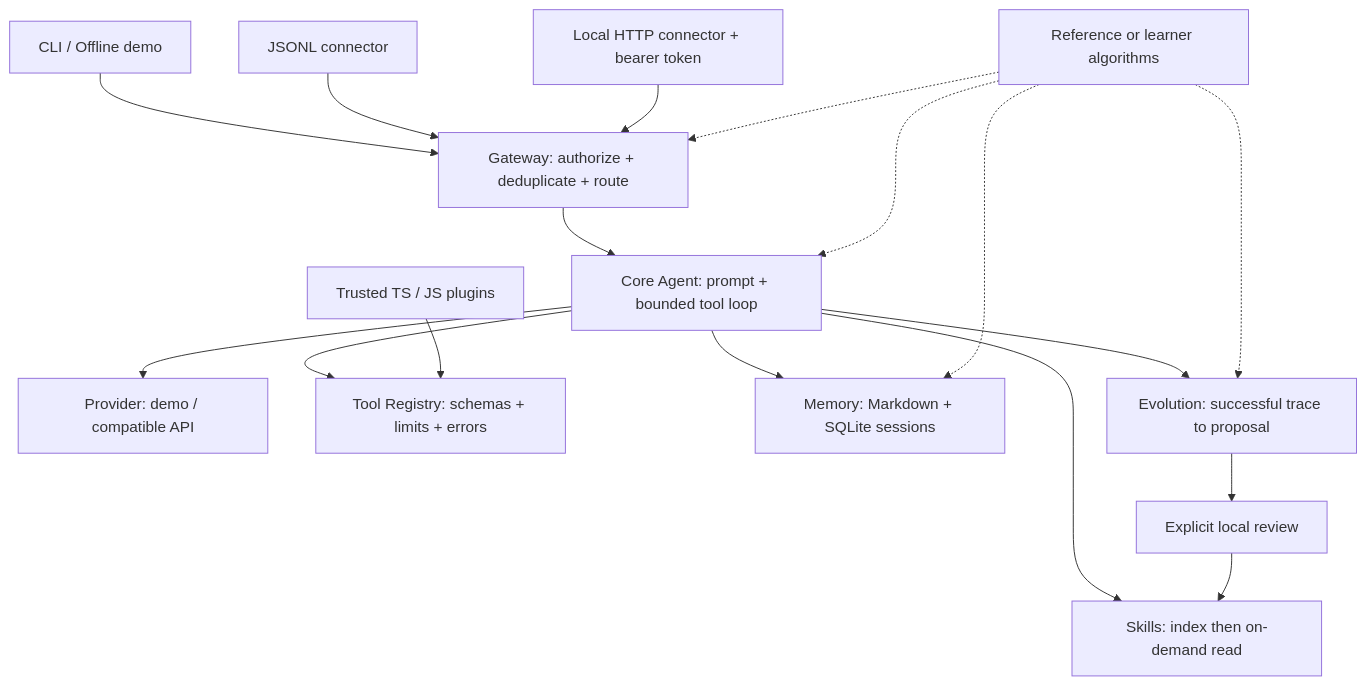
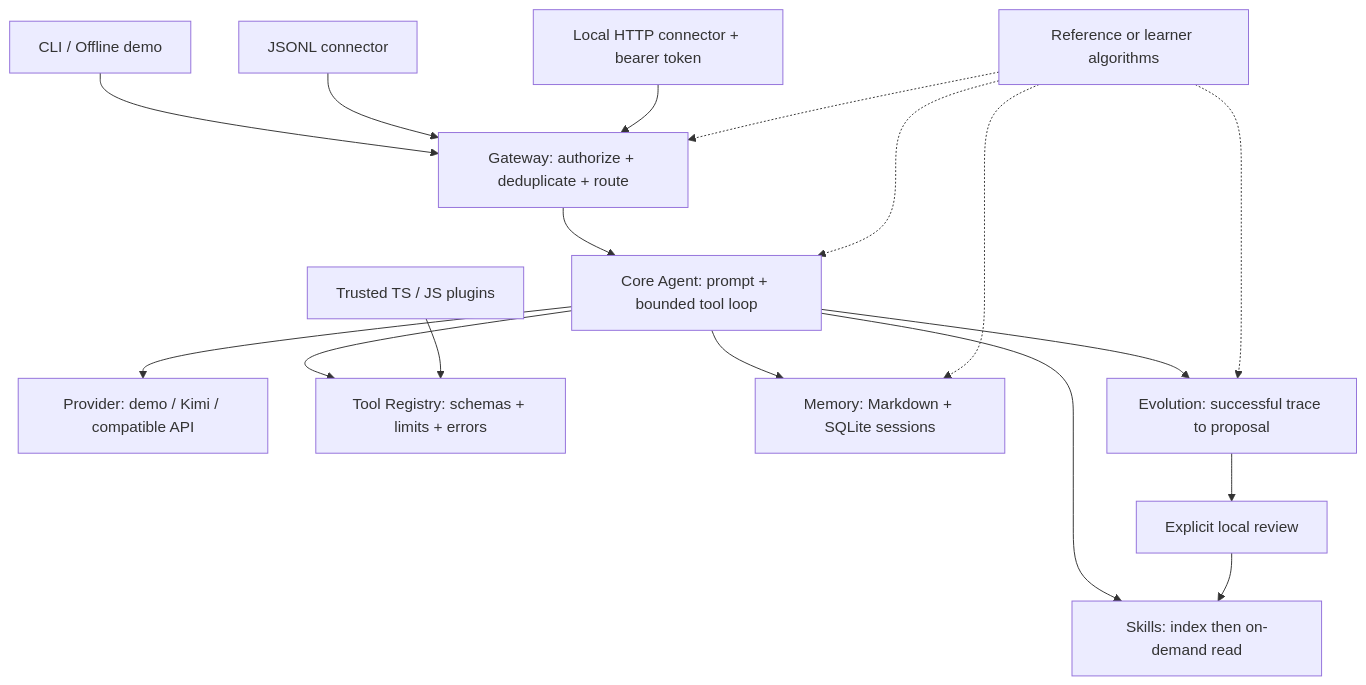
Before and after one commit to yjy233/my-hermes: the diagram in docs/01-architecture.md, drawn with Mermaid. The commit also changed other lines of this file and 46 other files, not shown here.

````diff
--- a/docs/01-architecture.md
+++ b/docs/01-architecture.md
@@ -7,19 +7,19 @@
 ```mermaid
 flowchart TB
     CLI[CLI / Offline demo] --> GW[Gateway: authorize + deduplicate + route]
     JSONL[JSONL connector] --> GW
     HTTP[Local HTTP connector + bearer token] --> GW
     GW --> CORE[Core Agent: prompt + bounded tool loop]
-    CORE --> MODEL[Provider: demo / compatible API]
+    CORE --> MODEL[Provider: demo / Kimi / compatible API]
     CORE --> TOOLS[Tool Registry: schemas + limits + errors]
     CORE --> MEM[Memory: Markdown + SQLite sessions]
     CORE --> SK[Skills: index then on-demand read]
     PL[Trusted TS / JS plugins] --> TOOLS
     CORE --> EVO[Evolution: successful trace to proposal]
     EVO --> REVIEW[Explicit local review]
     REVIEW --> SK
     ALG[Reference or learner algorithms] -.-> CORE
     ALG -.-> GW
     ALG -.-> MEM
     ALG -.-> EVO
 ```
````
